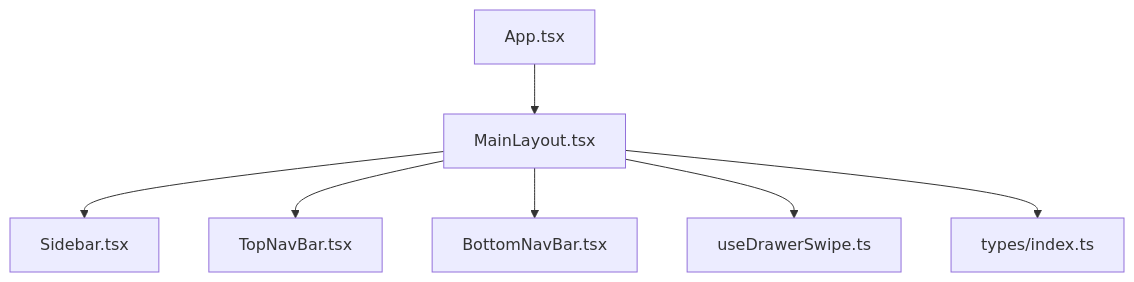
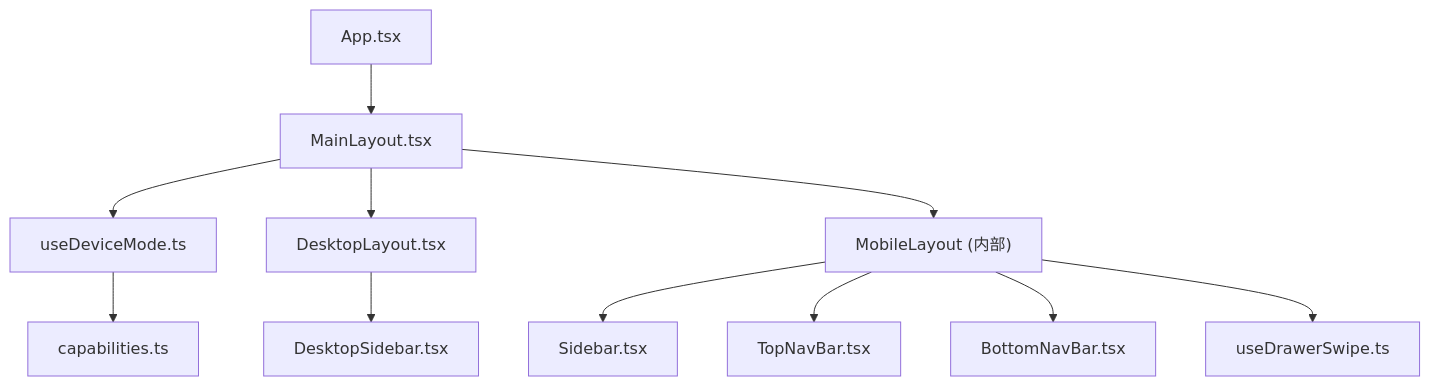
One commit to billye220670/AIShop changed the first of 4 diagrams in .qoder/repowiki/zh/content/核心组件/主布局组件 MainLayout.md. Above: the diagram before and after it, drawn with Mermaid. The commit also changed other lines of this file and 99 other files, not shown here.

````diff
--- a/.qoder/repowiki/zh/content/核心组件/主布局组件 MainLayout.md
+++ b/.qoder/repowiki/zh/content/核心组件/主布局组件 MainLayout.md
@@ -39,9 +52,13 @@
 ```mermaid
 graph TB
 App["App.tsx"] --> MainLayout["MainLayout.tsx"]
-MainLayout --> Sidebar["Sidebar.tsx"]
-MainLayout --> TopNavBar["TopNavBar.tsx"]
-MainLayout --> BottomNavBar["BottomNavBar.tsx"]
-MainLayout --> SwipeHook["useDrawerSwipe.ts"]
-MainLayout --> Types["types/index.ts"]
+MainLayout --> DeviceMode["useDeviceMode.ts"]
+DeviceMode --> Capabilities["capabilities.ts"]
+MainLayout --> DesktopLayout["DesktopLayout.tsx"]
+MainLayout --> MobileLayout["MobileLayout (内部)"]
+DesktopLayout --> DesktopSidebar["DesktopSidebar.tsx"]
+MobileLayout --> Sidebar["Sidebar.tsx"]
+MobileLayout --> TopNavBar["TopNavBar.tsx"]
+MobileLayout --> BottomNavBar["BottomNavBar.tsx"]
+MobileLayout --> SwipeHook["useDrawerSwipe.ts"]
 ```
````
